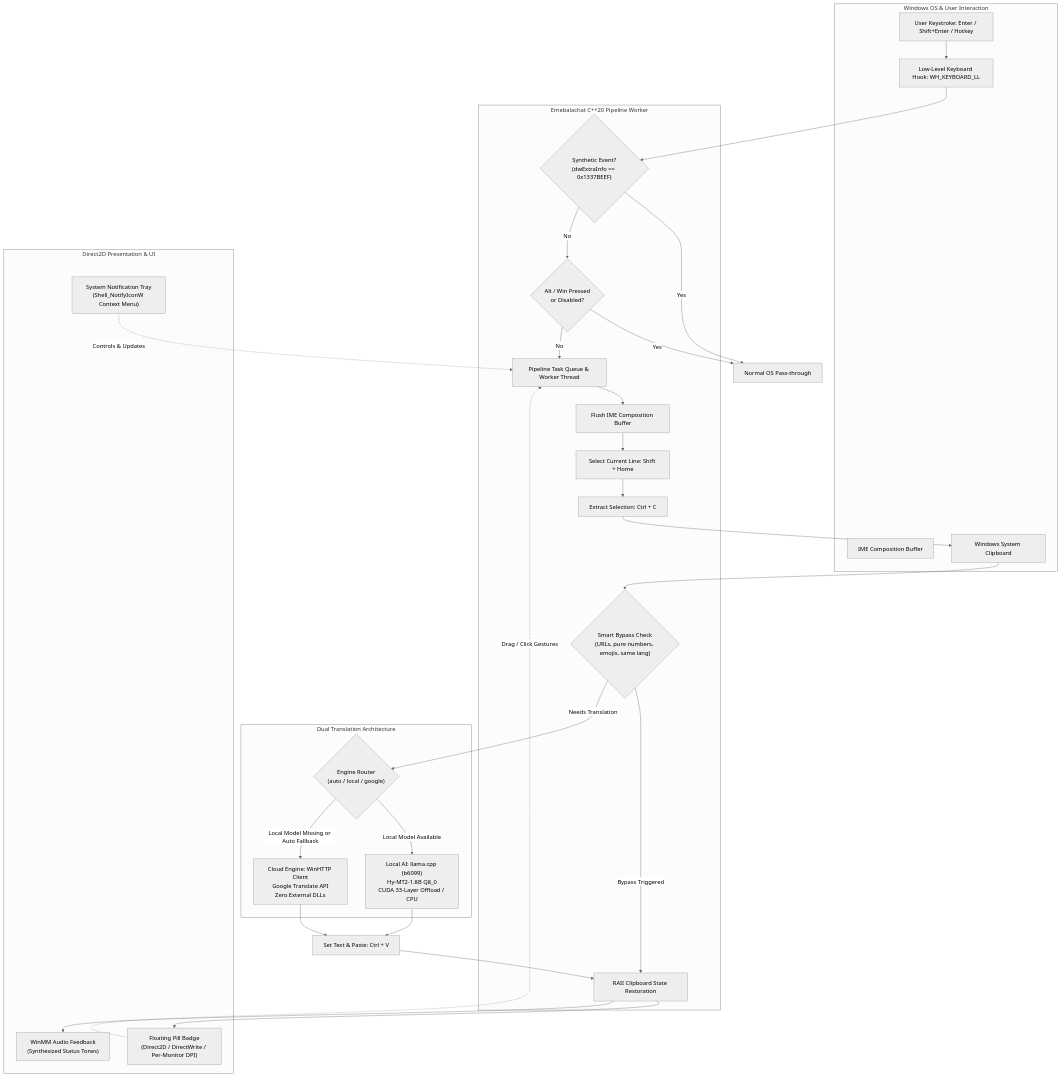
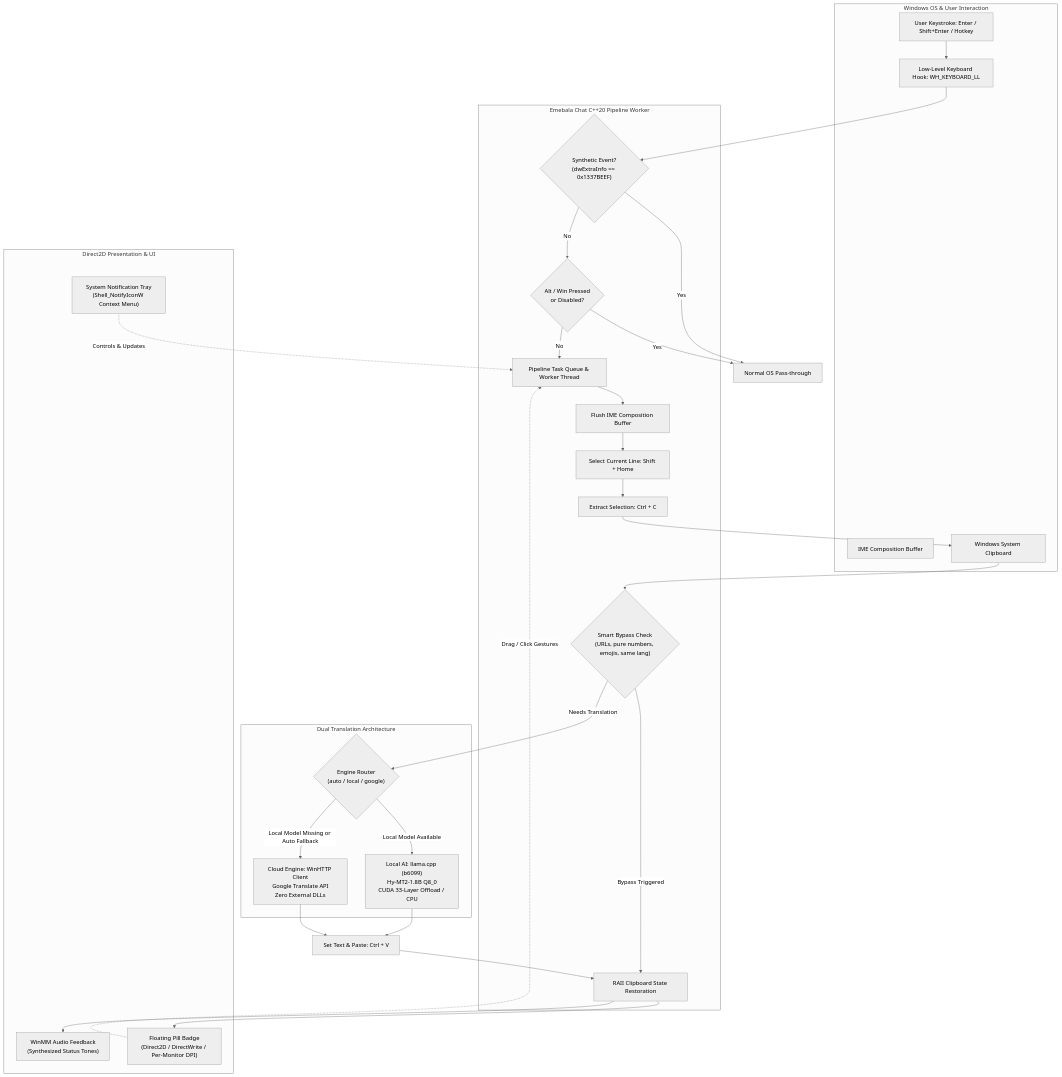
One commit to teamsunplaza/Emebalachat changed the diagram in README.md. Above: the diagram before and after it, drawn with Mermaid (neutral theme). The commit also changed other lines of this file and 9 other files, not shown here.

Commit message:
feat(branding): rebrand display strings to Emebala Chat across 7 locales and add tray About menu hook

````diff
--- a/README.md
+++ b/README.md
@@ -72,59 +72,59 @@
 ```mermaid
 flowchart TB
     subgraph OS_Layer ["Windows OS & User Interaction"]
         KBD[User Keystroke: Enter / Shift+Enter / Hotkey]
         HOOK[Low-Level Keyboard Hook: WH_KEYBOARD_LL]
         IME[IME Composition Buffer]
         CLIP[Windows System Clipboard]
     end
 
-    subgraph Core_Pipeline ["Emebalachat C++20 Pipeline Worker"]
+    subgraph Core_Pipeline ["Emebala Chat C++20 Pipeline Worker"]
         FILTER{"Synthetic Event?\n(dwExtraInfo == 0x1337BEEF)"}
         DISPATCH{"Alt / Win Pressed\nor Disabled?"}
         TASK[Pipeline Task Queue & Worker Thread]
         IME_FLUSH[Flush IME Composition Buffer]
         SELECT[Select Current Line: Shift + Home]
         COPY[Extract Selection: Ctrl + C]
         BYPASS{"Smart Bypass Check\n(URLs, pure numbers, emojis, same lang)"}
         RESTORE[RAII Clipboard State Restoration]
     end
 
     subgraph Translation_Engines ["Dual Translation Architecture"]
         ROUTER{"Engine Router\n(auto / local / google)"}
         LLM["Local AI: llama.cpp (b6099)\nHy-MT2-1.8B Q8_0\nCUDA 33-Layer Offload / CPU"]
         GTRANS["Cloud Engine: WinHTTP Client\nGoogle Translate API\nZero External DLLs"]
     end
 
     subgraph Presentation_Layer ["Direct2D Presentation & UI"]
         BADGE["Floating Pill Badge\n(Direct2D / DirectWrite / Per-Monitor DPI)"]
         TRAY["System Notification Tray\n(Shell_NotifyIconW Context Menu)"]
         AUDIO["WinMM Audio Feedback\n(Synthesized Status Tones)"]
     end
 
     KBD --> HOOK
     HOOK --> FILTER
     FILTER -- Yes --> PASS_THROUGH[Normal OS Pass-through]
     FILTER -- No --> DISPATCH
     DISPATCH -- Yes --> PASS_THROUGH
     DISPATCH -- No --> TASK
 
     TASK --> IME_FLUSH
     IME_FLUSH --> SELECT
     SELECT --> COPY
     COPY --> CLIP
     CLIP --> BYPASS
 
     BYPASS -- Bypass Triggered --> RESTORE
     BYPASS -- Needs Translation --> ROUTER
 
     ROUTER -- Local Model Available --> LLM
     ROUTER -- Local Model Missing or Auto Fallback --> GTRANS
 
     LLM --> PASTE[Set Text & Paste: Ctrl + V]
     GTRANS --> PASTE
     PASTE --> RESTORE
     RESTORE --> BADGE
     RESTORE --> AUDIO
     TRAY -. Controls & Updates .-> TASK
     BADGE -. Drag / Click Gestures .-> TASK
 ```
````
